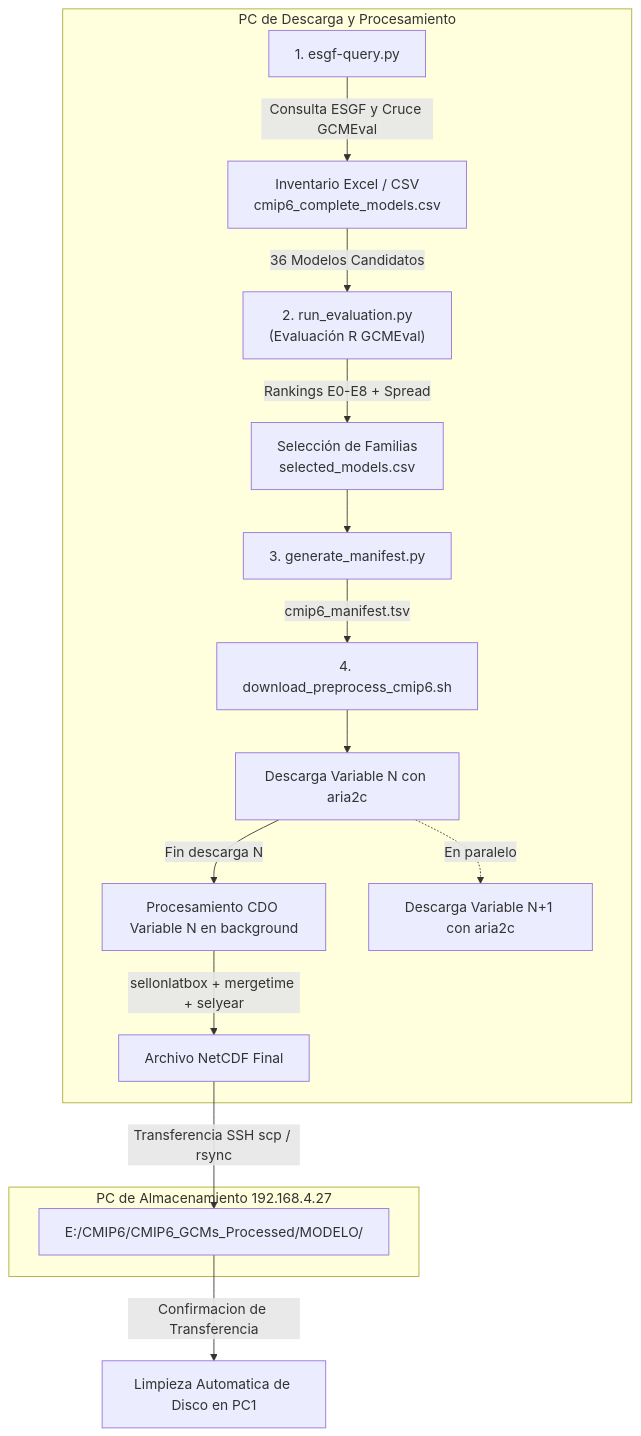
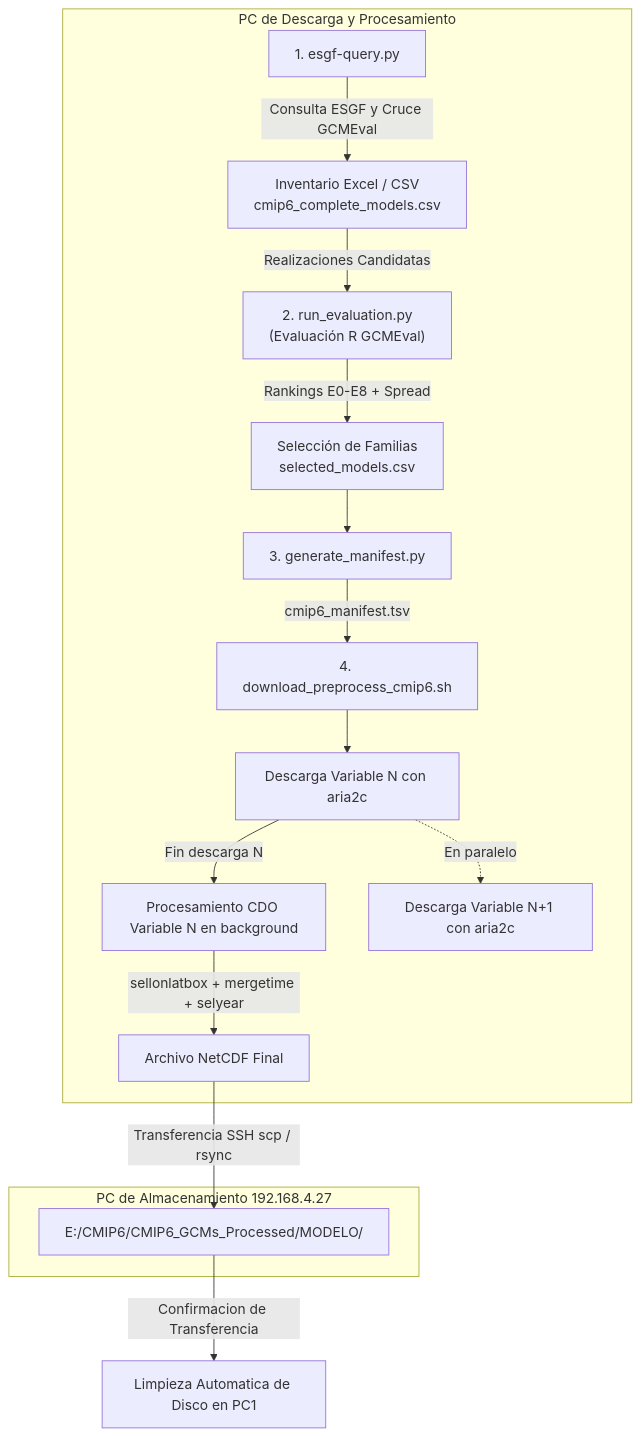
Before and after one commit to wabarca/cmpi6-deepsd-gcmeval-availability: the second of 2 diagrams in README.md, drawn with Mermaid. The commit also changed other lines of this file and 48 other files, not shown here.

````diff
--- a/README.md
+++ b/README.md
@@ -377,20 +294,20 @@
 ```mermaid
 flowchart TD
     subgraph PC1["PC de Descarga y Procesamiento"]
         A["1. esgf-query.py"] -->|Consulta ESGF y Cruce GCMEval| B["Inventario Excel / CSV<br>cmip6_complete_models.csv"]
-        B -->|36 Modelos Candidatos| C["2. run_evaluation.py<br>(Evaluación R GCMEval)"]
+        B -->|Realizaciones Candidatas| C["2. run_evaluation.py<br>(Evaluación R GCMEval)"]
         C -->|Rankings E0-E8 + Spread| D["Selección de Familias<br>selected_models.csv"]
         D --> E["3. generate_manifest.py"]
         E -->|cmip6_manifest.tsv| F["4. download_preprocess_cmip6.sh"]
         F --> G["Descarga Variable N con aria2c"]
         G -->|Fin descarga N| H["Procesamiento CDO Variable N en background"]
         G -.->|En paralelo| I["Descarga Variable N+1 con aria2c"]
         H -->|sellonlatbox + mergetime + selyear| J["Archivo NetCDF Final"]
     end
     
     subgraph PC2["PC de Almacenamiento 192.168.4.27"]
         J -->|Transferencia SSH scp / rsync| K["E:/CMIP6/CMIP6_GCMs_Processed/MODELO/"]
     end
     
     K -->|Confirmacion de Transferencia| L["Limpieza Automatica de Disco en PC1"]
 ```
````
